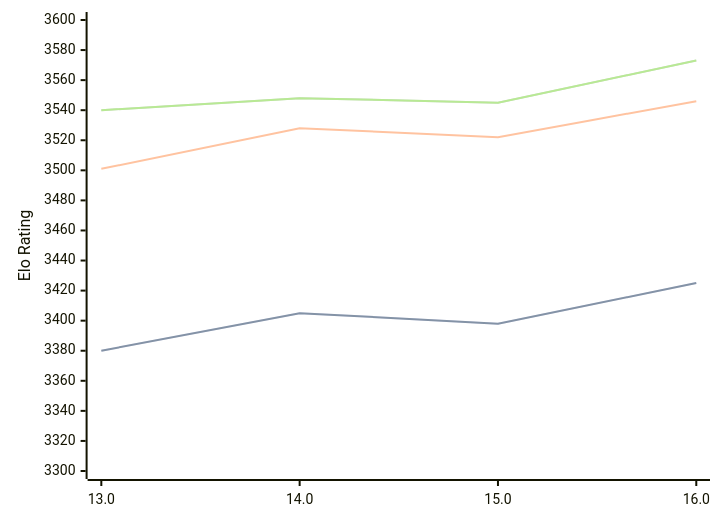
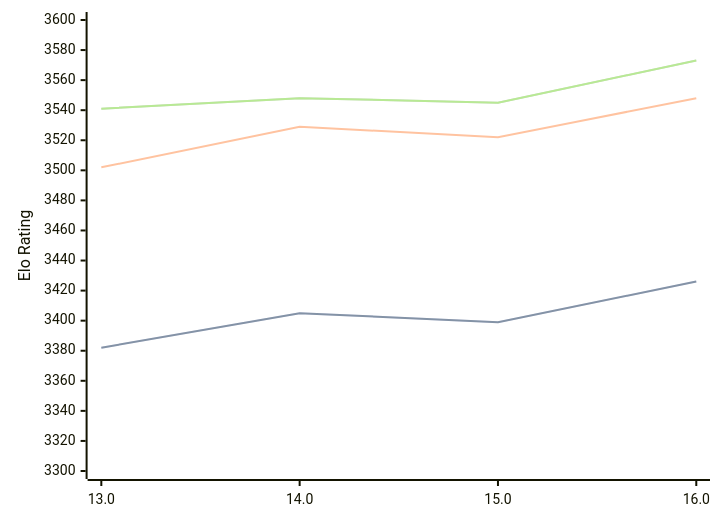
One commit to computer-chess-index/cci changed the diagram in engines/Obsidian.md. Above: the diagram before and after it, drawn with Mermaid. The commit also changed other lines of this file, not shown here.

Commit message:
Update CCI Ratings (ELO VLTC) - 2026-07-25

````diff
--- a/engines/Obsidian.md
+++ b/engines/Obsidian.md
@@ -43,11 +43,11 @@
 ```mermaid
 %%{init: {"theme":"base","themeVariables":{"seriesColors:['#a3a3a3','#222221','#faa371']}}}%%
 xychart-beta
   x-axis ["13.0", "14.0", "15.0", "16.0"]
   y-axis "Elo Rating" 3300 --> 3600
-  line "STC (8.0+0.08s)" [3380, 3405, 3398, 3425]
-  line "STC (8.0+0.08s)" [3380, 3405, 3398, 3425]
-  line "LTC (60.0+0.60s)" [3501, 3528, 3522, 3546]
-  line "VLTC (2m24s+1.12s)" [3540, 3548, 3545, 3573]
-  line "VLTC (2m24s+1.12s)" [3540, 3548, 3545, 3573]
+  line "STC (8.0+0.08s)" [3382, 3405, 3399, 3426]
+  line "STC (8.0+0.08s)" [3382, 3405, 3399, 3426]
+  line "LTC (60.0+0.60s)" [3502, 3529, 3522, 3548]
+  line "VLTC (2m24s+1.12s)" [3541, 3548, 3545, 3573]
+  line "VLTC (2m24s+1.12s)" [3541, 3548, 3545, 3573]
 ```
````
